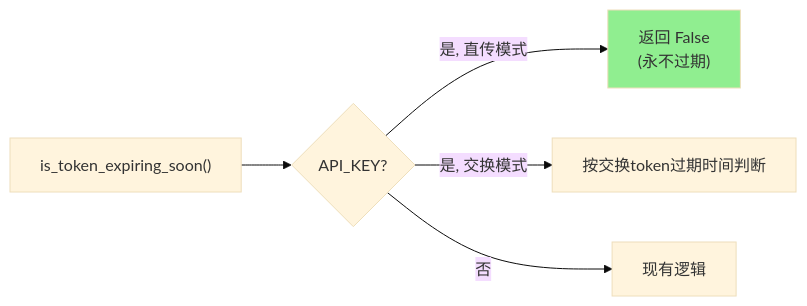
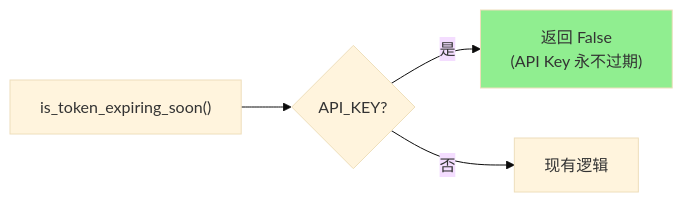
Before and after one commit to liangyimingcom/kiro-gateway_jwadow: diagram 13 of 18 in docs/zh/API_KEY_AUTH_DESIGN.md, drawn with Mermaid (base theme). The commit also changed other lines of this file and 7 other files, not shown here.

First line of the commit message:
fix(auth): correct API Key protocol to direct Bearer + profile discovery

````diff
--- a/docs/zh/API_KEY_AUTH_DESIGN.md
+++ b/docs/zh/API_KEY_AUTH_DESIGN.md
@@ -333,9 +368,8 @@
 ```mermaid
 flowchart LR
     CHECK["is_token_expiring_soon()"] --> TYPE{API_KEY?}
-    TYPE -->|是, 直传模式| FALSE["返回 False<br/>(永不过期)"]
-    TYPE -->|是, 交换模式| NORMAL["按交换token过期时间判断"]
+    TYPE -->|是| FALSE["返回 False<br/>(API Key 永不过期)"]
     TYPE -->|否| EXISTING["现有逻辑"]
 
     style FALSE fill:#90EE90
 ```
````
